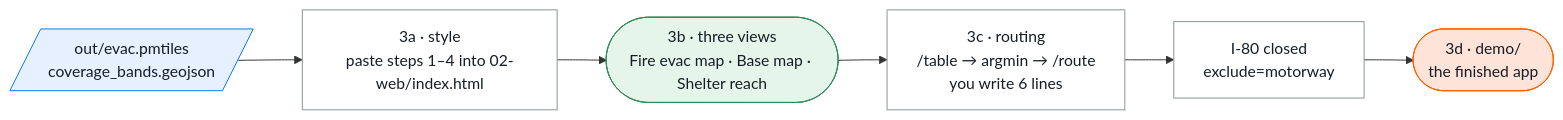
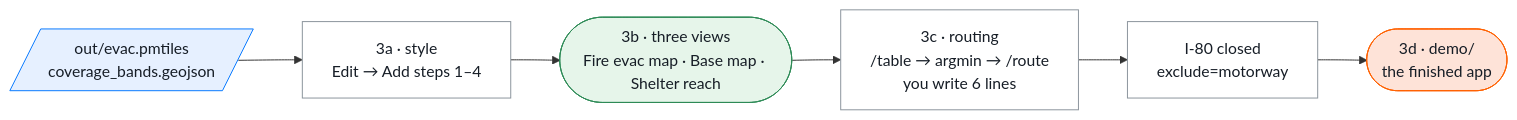
Before and after one commit to vishal4c/routes-to-safety-workshop: the fifth of 6 diagrams in README.md, drawn with Mermaid. The commit also changed other lines of this file and 4 other files, not shown here.

First line of the commit message:
02-web: Edit button — plug data in by click (Fire evac map: steps 1–4; Shelter reach: rings; Routing in both), no file edits

````diff
--- a/README.md
+++ b/README.md
@@ -209,15 +209,15 @@
 ```mermaid
 flowchart LR
   classDef file fill:#E6F0FF,stroke:#0678FF,color:#161D26
   classDef step fill:#FFFFFF,stroke:#8A939B,color:#161D26
   classDef chk  fill:#E6F5EA,stroke:#2E8B57,color:#161D26
   classDef out  fill:#FEE3D8,stroke:#FF6101,color:#161D26
 
   PM[/"out/evac.pmtiles<br/>coverage_bands.geojson"/]:::file
-  S["3a · style<br/>paste steps 1–4 into 02-web/index.html"]:::step
+  S["3a · style<br/>Edit → Add steps 1–4"]:::step
   V(["3b · three views<br/>Fire evac map · Base map · Shelter reach"]):::chk
   R["3c · routing<br/>/table → argmin → /route<br/>you write 6 lines"]:::step
   I80["I-80 closed<br/>exclude=motorway"]:::step
   D(["3d · demo/<br/>the finished app"]):::out
   PM --> S --> V --> R --> I80 --> D
 ```
````
